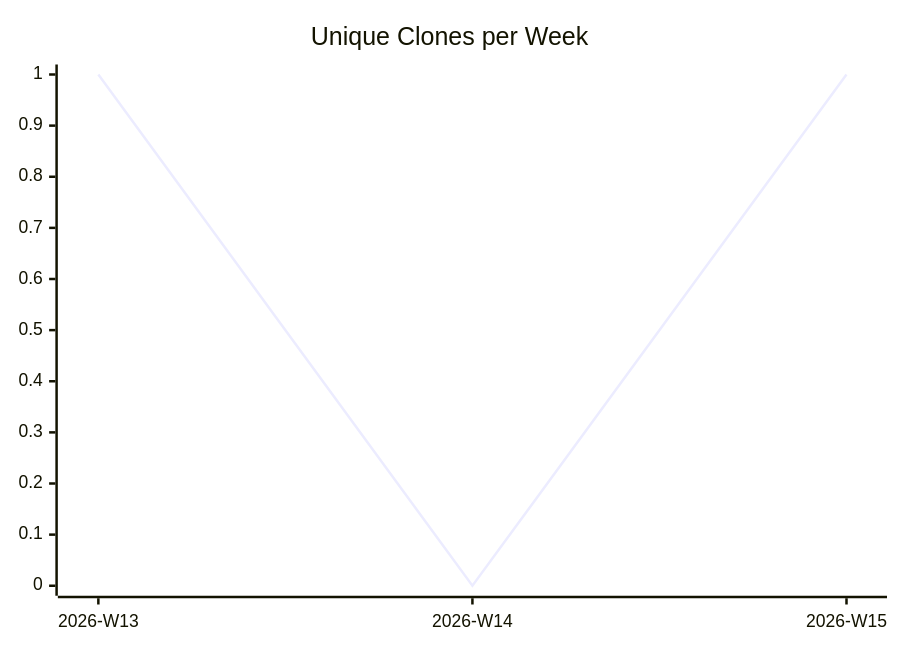
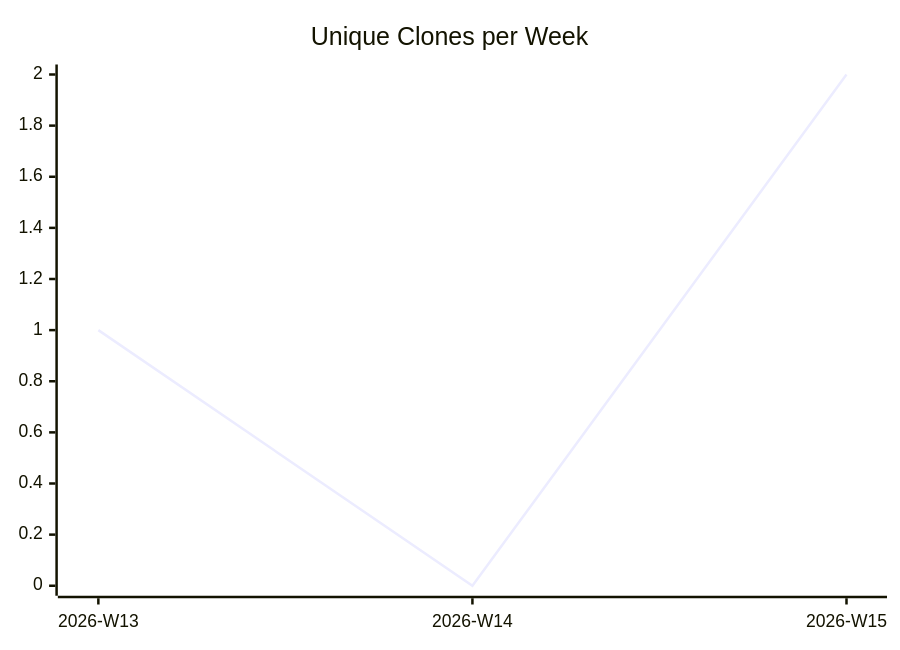
Before and after one commit to justdavis-family/github-analytics-data: the third of 3 diagrams in karlmdavis/puppet-archive/README.md, drawn with Mermaid. The commit also changed other lines of this file and 183 other files, not shown here.

````diff
--- a/karlmdavis/puppet-archive/README.md
+++ b/karlmdavis/puppet-archive/README.md
@@ -19,6 +19,6 @@
 ```mermaid
 xychart-beta
   title "Unique Clones per Week"
   x-axis ["2026-W13", "2026-W14", "2026-W15"]
-  line [1, 0, 1]
+  line [1, 0, 2]
 ```
````
